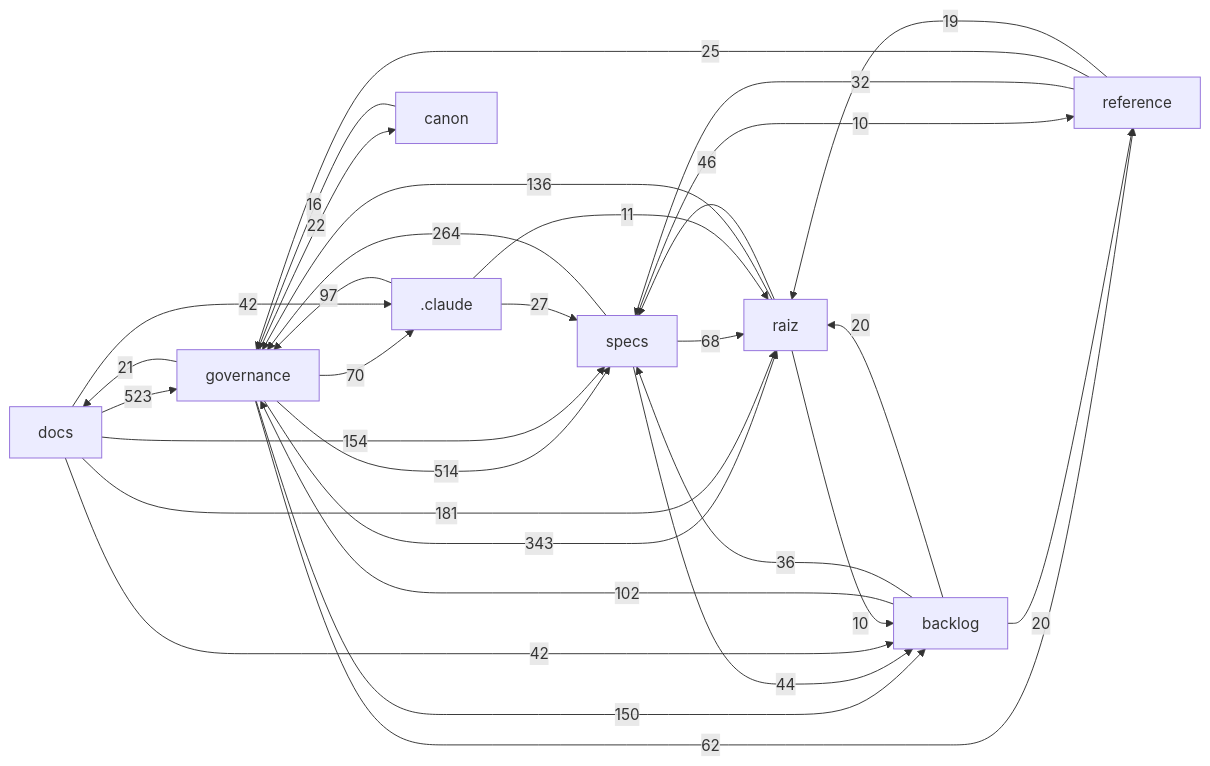
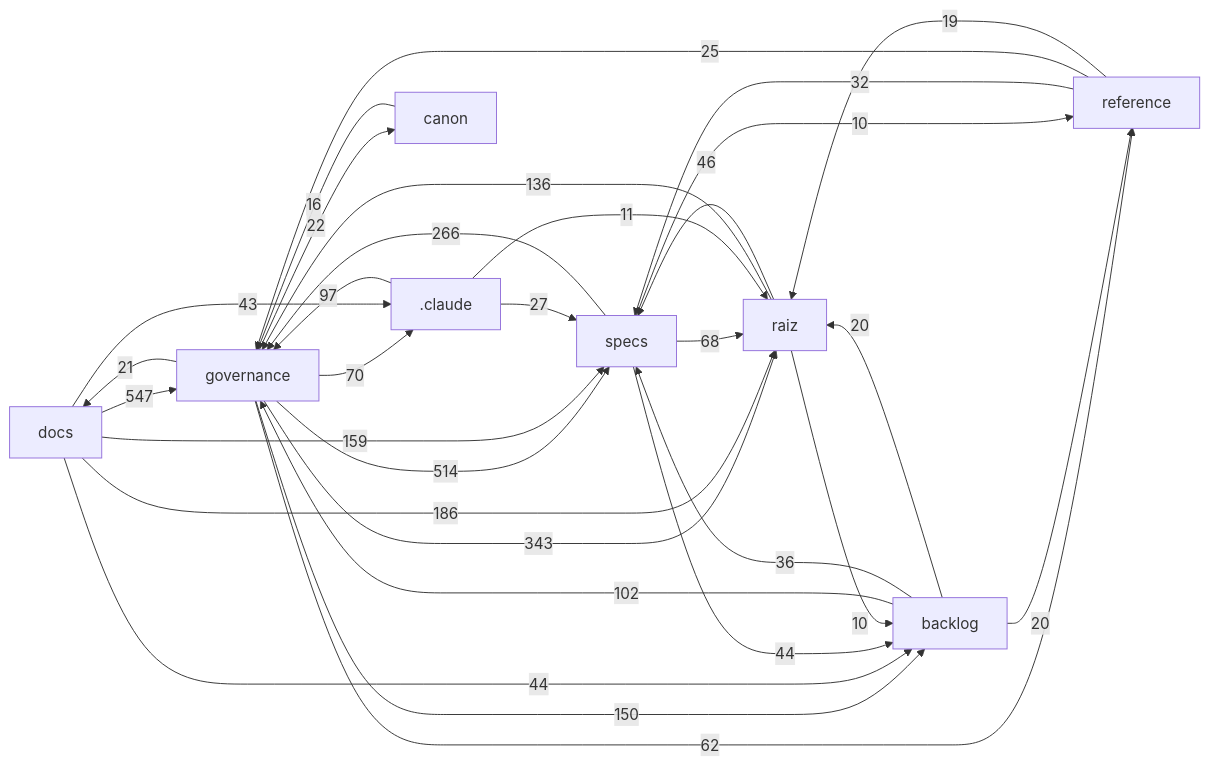
Before and after one commit to Andraus35/Sistema-Operacional-de-Trading--SOT: the diagram in docs/mapa/MAPA-PROJETO.md, drawn with Mermaid. The commit also changed other lines of this file and 4 other files, not shown here.

````diff
--- a/docs/mapa/MAPA-PROJETO.md
+++ b/docs/mapa/MAPA-PROJETO.md
@@ -29,33 +29,33 @@
 ```mermaid
 flowchart LR
-  docs["docs"] -->|523| governance["governance"]
+  docs["docs"] -->|547| governance["governance"]
   governance["governance"] -->|514| specs["specs"]
   governance["governance"] -->|343| raiz["raiz"]
-  specs["specs"] -->|264| governance["governance"]
-  docs["docs"] -->|181| raiz["raiz"]
-  docs["docs"] -->|154| specs["specs"]
+  specs["specs"] -->|266| governance["governance"]
+  docs["docs"] -->|186| raiz["raiz"]
+  docs["docs"] -->|159| specs["specs"]
   governance["governance"] -->|150| backlog["backlog"]
   raiz["raiz"] -->|136| governance["governance"]
   backlog["backlog"] -->|102| governance["governance"]
   _claude[".claude"] -->|97| governance["governance"]
   governance["governance"] -->|70| _claude[".claude"]
   specs["specs"] -->|68| raiz["raiz"]
   governance["governance"] -->|62| reference["reference"]
   raiz["raiz"] -->|46| specs["specs"]
+  docs["docs"] -->|44| backlog["backlog"]
   specs["specs"] -->|44| backlog["backlog"]
-  docs["docs"] -->|42| backlog["backlog"]
-  docs["docs"] -->|42| _claude[".claude"]
+  docs["docs"] -->|43| _claude[".claude"]
   backlog["backlog"] -->|36| specs["specs"]
   reference["reference"] -->|32| specs["specs"]
   _claude[".claude"] -->|27| specs["specs"]
   reference["reference"] -->|25| governance["governance"]
   governance["governance"] -->|22| canon["canon"]
   governance["governance"] -->|21| docs["docs"]
   backlog["backlog"] -->|20| raiz["raiz"]
   backlog["backlog"] -->|20| reference["reference"]
   reference["reference"] -->|19| raiz["raiz"]
   canon["canon"] -->|16| governance["governance"]
   _claude[".claude"] -->|11| raiz["raiz"]
   raiz["raiz"] -->|10| backlog["backlog"]
   specs["specs"] -->|10| reference["reference"]
 ```
````
